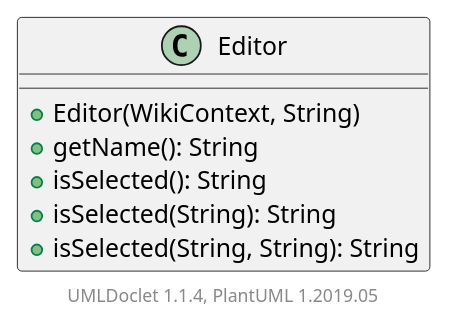
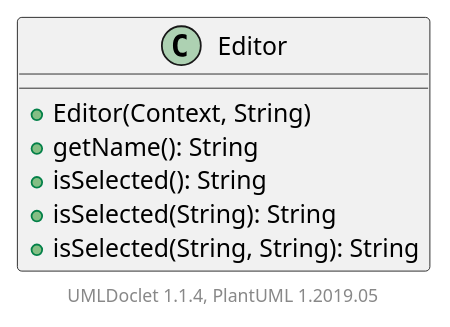
Before and after one commit to apache/jspwiki-site: the diagram in apidocs/2.11.0.M7-SNAPSHOT/org/apache/wiki/ui/Editor.puml, drawn with PlantUML. The commit also changed 1432 other files, not shown here.

```diff
--- a/apidocs/2.11.0.M7-SNAPSHOT/org/apache/wiki/ui/Editor.puml
+++ b/apidocs/2.11.0.M7-SNAPSHOT/org/apache/wiki/ui/Editor.puml
@@ -1,13 +1,13 @@
 @startuml
 
     class Editor [[Editor.html]] {
-        +Editor(WikiContext, String)
+        +Editor(Context, String)
         +getName(): String
         +isSelected(): String
         +isSelected(String): String
         +isSelected(String, String): String
     }
 
 
     center footer UMLDoclet 1.1.4, PlantUML 1.2019.05
 @enduml
```
